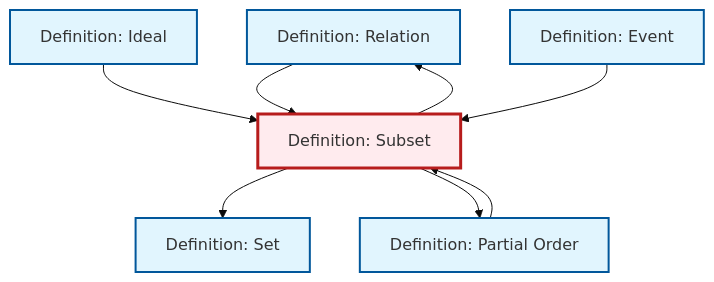
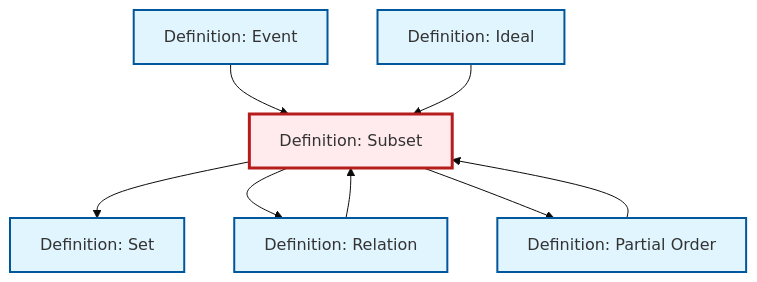
Before and after one commit to RK0429/ModernMath: the diagram in content/ja/logic-set-theory/def-subset.qmd, drawn with Mermaid (base theme). The commit also changed other lines of this file and 634 other files, not shown here.

First line of the commit message:
feat: Add prime ideal definition with comprehensive cross-references

````diff
--- a/content/ja/logic-set-theory/def-subset.qmd
+++ b/content/ja/logic-set-theory/def-subset.qmd
@@ -52,28 +52,28 @@
 ```{mermaid}
 %%| fig-cap: "Local dependency graph"
 graph TD
     classDef definition fill:#e1f5fe,stroke:#01579b,stroke-width:2px
     classDef theorem fill:#f3e5f5,stroke:#4a148c,stroke-width:2px
     classDef axiom fill:#fff3e0,stroke:#e65100,stroke-width:2px
     classDef example fill:#e8f5e9,stroke:#1b5e20,stroke-width:2px
     classDef current fill:#ffebee,stroke:#b71c1c,stroke-width:3px
+    def-event["Definition: Event"]:::definition
+    def-subset["Definition: Subset"]:::definition
+    def-partial-order["Definition: Partial Order"]:::definition
     def-relation["Definition: Relation"]:::definition
     def-set["Definition: Set"]:::definition
-    def-partial-order["Definition: Partial Order"]:::definition
-    def-event["Definition: Event"]:::definition
     def-ideal["Definition: Ideal"]:::definition
-    def-subset["Definition: Subset"]:::definition
+    def-event --> def-subset
+    def-ideal --> def-subset
+    def-subset --> def-set
+    def-subset --> def-relation
+    def-subset --> def-partial-order
     def-relation --> def-subset
-    def-subset --> def-relation
-    def-subset --> def-set
     def-partial-order --> def-subset
-    def-subset --> def-partial-order
-    def-ideal --> def-subset
-    def-event --> def-subset
     class def-subset current
+    click def-event "def-event.html" "Definition: Eventへ"
+    click def-partial-order "def-partial-order.html" "Definition: Partial Orderへ"
     click def-relation "def-relation.html" "Definition: Relationへ"
     click def-set "def-set.html" "Definition: Setへ"
-    click def-partial-order "def-partial-order.html" "Definition: Partial Orderへ"
-    click def-event "def-event.html" "Definition: Eventへ"
     click def-ideal "def-ideal.html" "Definition: Idealへ"
 ```
````
